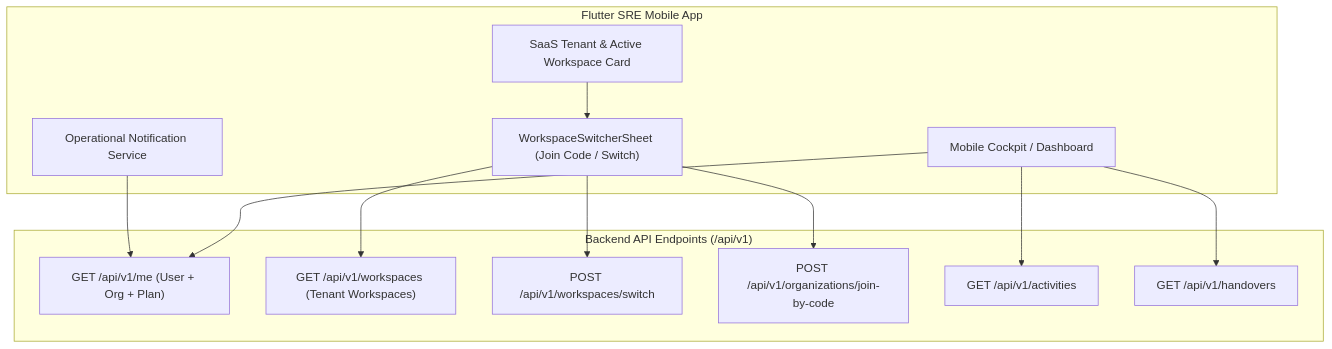
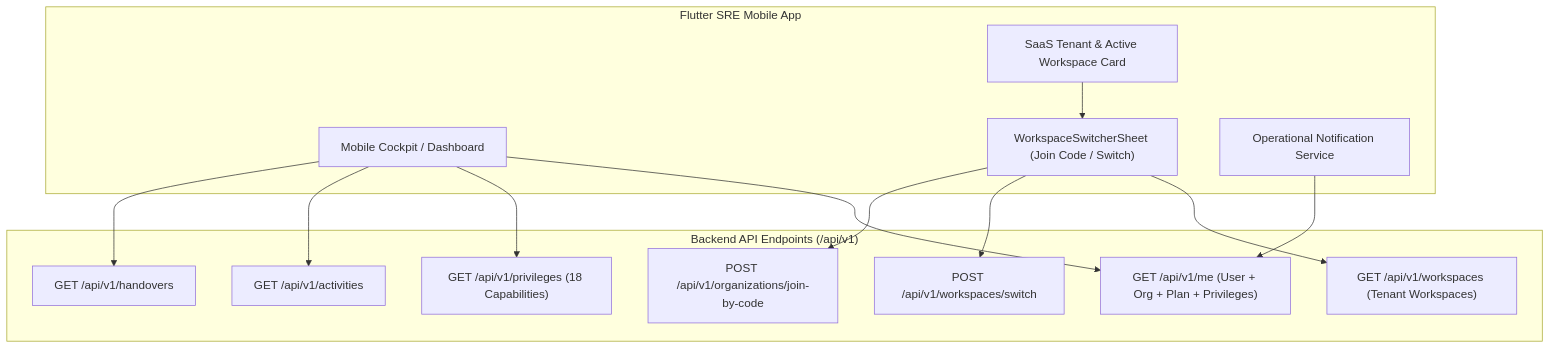
The seventh of 7 diagrams in docs/architecture/saas-control-plane-architecture.md (mhiskall282/npontu-technologies-sre), drawn with Mermaid before and after one commit. The commit also changed other lines of this file and 17 other files, not shown here.

Commit message:
feat: resolve audit IP display, expand user privileges to 18 items, add privilege management endpoints, and update architecture docs and diagrams

````diff
--- a/docs/architecture/saas-control-plane-architecture.md
+++ b/docs/architecture/saas-control-plane-architecture.md
@@ -186,27 +221,29 @@
 ```mermaid
 flowchart TB
     subgraph MobileClient["Flutter SRE Mobile App"]
         MobileUI["Mobile Cockpit / Dashboard"]
         ActiveTenantBar["SaaS Tenant & Active Workspace Card"]
         WorkspaceSwitcher["WorkspaceSwitcherSheet (Join Code / Switch)"]
         BackgroundSync["Operational Notification Service"]
     end
 
     subgraph APIEndpoints["Backend API Endpoints (/api/v1)"]
-        AuthMe["GET /api/v1/me (User + Org + Plan)"]
+        AuthMe["GET /api/v1/me (User + Org + Plan + Privileges)"]
+        PrivilegesCatalog["GET /api/v1/privileges (18 Capabilities)"]
         Workspaces["GET /api/v1/workspaces (Tenant Workspaces)"]
         SwitchWS["POST /api/v1/workspaces/switch"]
         JoinOrg["POST /api/v1/organizations/join-by-code"]
         DailyActivities["GET /api/v1/activities"]
         ShiftHandovers["GET /api/v1/handovers"]
     end
 
     MobileUI --> AuthMe
+    MobileUI --> PrivilegesCatalog
     ActiveTenantBar --> WorkspaceSwitcher
     WorkspaceSwitcher --> Workspaces
     WorkspaceSwitcher --> SwitchWS
     WorkspaceSwitcher --> JoinOrg
     MobileUI --> DailyActivities
     MobileUI --> ShiftHandovers
     BackgroundSync --> AuthMe
 ```
````
